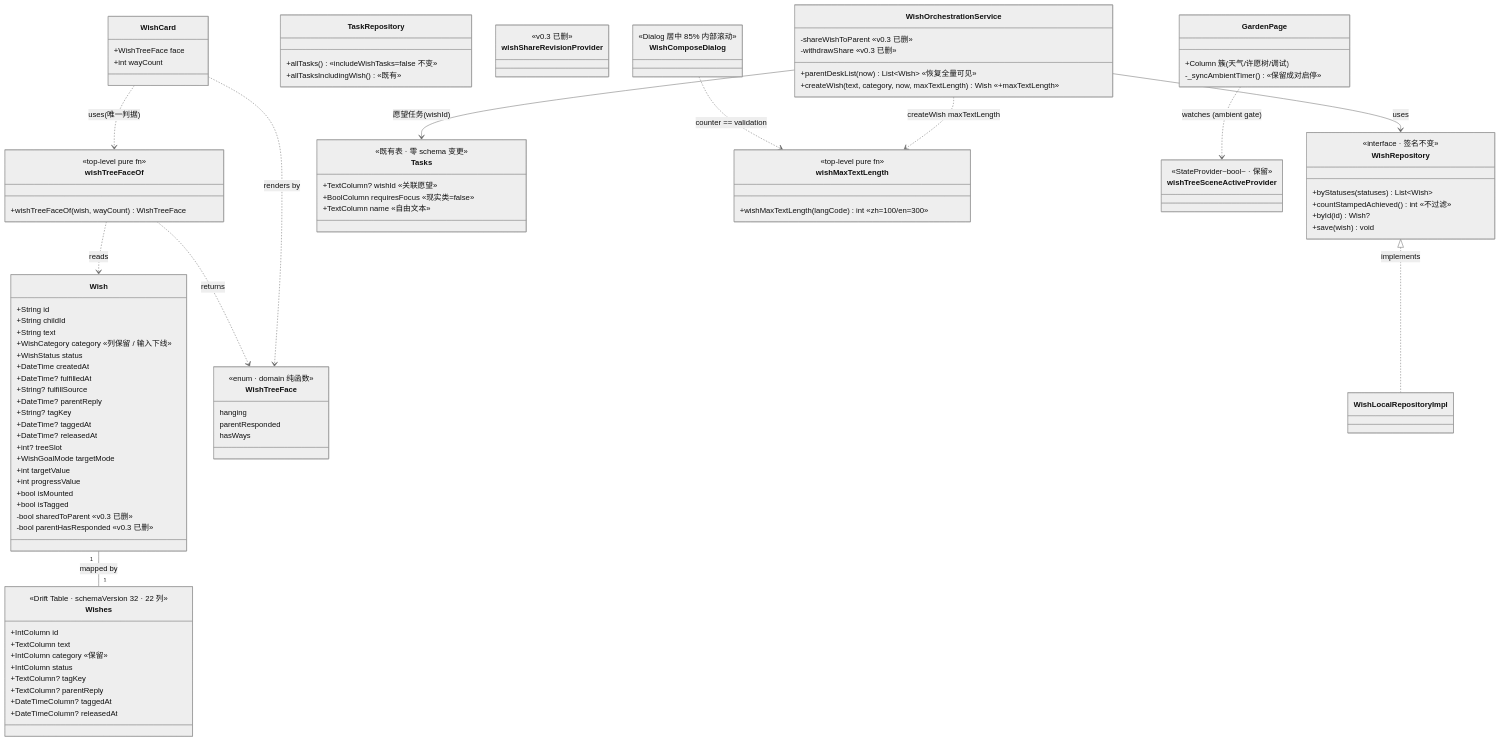
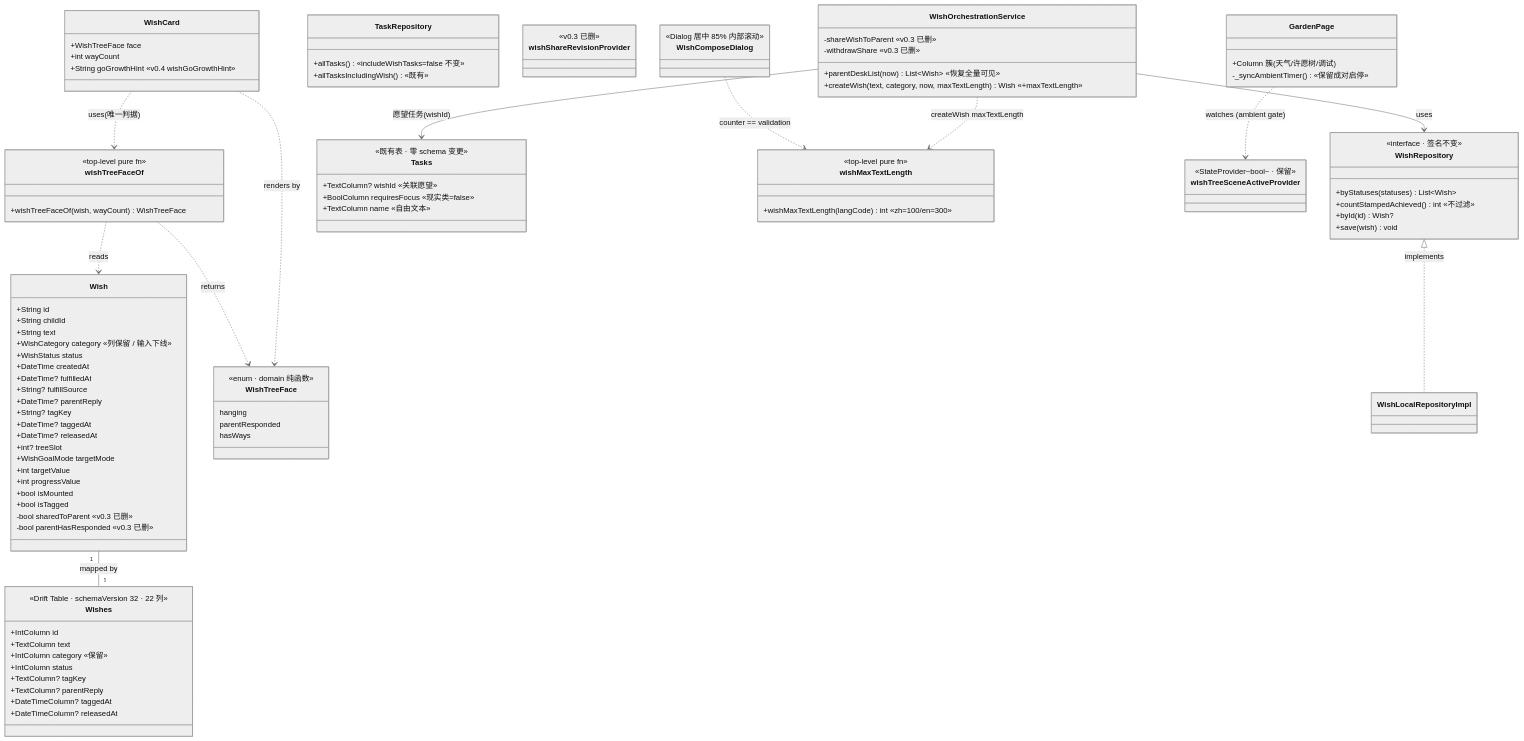
One commit to tasanshu666/sunflowerTime changed the diagram in docs/许愿树_增量架构设计_v0.3_class-diagram.mermaid. Above: the diagram before and after it, drawn with Mermaid (neutral theme). The commit also changed 4 other files, not shown here.

```diff
--- a/docs/许愿树_增量架构设计_v0.3_class-diagram.mermaid
+++ b/docs/许愿树_增量架构设计_v0.3_class-diagram.mermaid
@@ -1,111 +1,115 @@
 %% 许愿树 · 增量架构设计 v0.3 —— 类图（简化许愿闭环 + 真机反馈修复）
 %% 版本 v0.3.0 / 2026-11-19 / 高见远
 %% 基线：HEAD 7f19c61 + 工作区 v0.2 未提交增量（schemaVersion 33 / Wishes 23 列）
 %% 本批 = 回退 v0.2 推送机制（schema 33→32 / 23→22 列），新增三态/字数双阈值/小办法/居中/scale 布局。
+%% v0.4（玄参裁定）：家长端今日页愿望区整块移除 —— WishTreeSection / ParentWishCard /
+%% ParentWishActionSheet / parent/state/wish_state.dart 均已删除；成长任务关联愿望路径保留。
+%% v0.4：孩子端 S3 两行文案合并为单句 wishGoGrowthHint「去成长里面实现你的愿望吧」。
 classDiagram
     class Wish {
         +String id
         +String childId
         +String text
         +WishCategory category «列保留 / 输入下线»
         +WishStatus status
         +DateTime createdAt
         +DateTime? fulfilledAt
         +String? fulfillSource
         +DateTime? parentReply
         +String? tagKey
         +DateTime? taggedAt
         +DateTime? releasedAt
         +int? treeSlot
         +WishGoalMode targetMode
         +int targetValue
         +int progressValue
         +bool isMounted
         +bool isTagged
         -bool sharedToParent «v0.3 已删»
         -bool parentHasResponded «v0.3 已删»
     }
 
     class WishTreeFace {
         <<enum · domain 纯函数>>
         hanging
         parentResponded
         hasWays
     }
     class wishTreeFaceOf {
         <<top-level pure fn>>
         +wishTreeFaceOf(wish, wayCount) WishTreeFace
     }
 
     class Wishes {
         <<Drift Table · schemaVersion 32 · 22 列>>
         +IntColumn id
         +TextColumn text
         +IntColumn category «保留»
         +IntColumn status
         +TextColumn? tagKey
         +TextColumn? parentReply
         +DateTimeColumn? taggedAt
         +DateTimeColumn? releasedAt
     }
 
     class WishRepository {
         <<interface · 签名不变>>
         +byStatuses(statuses) List~Wish~
         +countStampedAchieved() int «不过滤»
         +byId(id) Wish?
         +save(wish) void
     }
     class WishOrchestrationService {
         +parentDeskList(now) List~Wish~ «恢复全量可见»
         +createWish(text, category, now, maxTextLength) Wish «+maxTextLength»
         -shareWishToParent «v0.3 已删»
         -withdrawShare «v0.3 已删»
     }
 
     class Tasks {
         <<既有表 · 零 schema 变更>>
         +TextColumn? wishId «关联愿望»
         +BoolColumn requiresFocus «现实类=false»
         +TextColumn name «自由文本»
     }
     class TaskRepository {
         +allTasks() «includeWishTasks=false 不变»
         +allTasksIncludingWish() «既有»
     }
 
     class wishMaxTextLength {
         <<top-level pure fn>>
         +wishMaxTextLength(langCode) int «zh=100/en=300»
     }
 
     class wishTreeSceneActiveProvider {
         <<StateProvider~bool~ · 保留>>
     }
     class wishShareRevisionProvider {
         <<v0.3 已删>>
     }
 
     class WishCard {
         +WishTreeFace face
         +int wayCount
+        +String goGrowthHint «v0.4 wishGoGrowthHint»
     }
     class GardenPage {
         +Column 簇(天气/许愿树/调试)
         -_syncAmbientTimer() «保留成对启停»
     }
     class WishComposeDialog {
         <<Dialog 居中 85% 内部滚动>>
     }
 
     Wish "1" -- "1" Wishes : mapped by
     WishRepository <|.. WishLocalRepositoryImpl : implements
     WishOrchestrationService --> WishRepository : uses
     WishOrchestrationService --> Tasks : 愿望任务(wishId)
     wishTreeFaceOf ..> WishTreeFace : returns
     wishTreeFaceOf ..> Wish : reads
     WishCard ..> wishTreeFaceOf : uses(唯一判据)
     WishCard ..> WishTreeFace : renders by
     GardenPage ..> wishTreeSceneActiveProvider : watches (ambient gate)
     WishComposeDialog ..> wishMaxTextLength : counter == validation
     WishOrchestrationService ..> wishMaxTextLength : createWish maxTextLength
```
